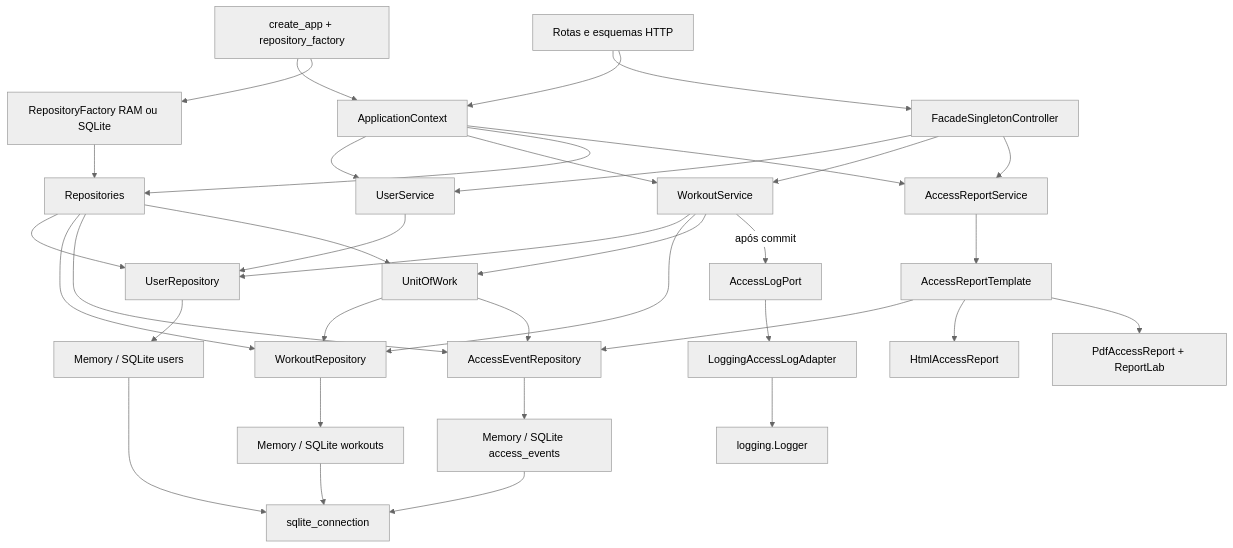
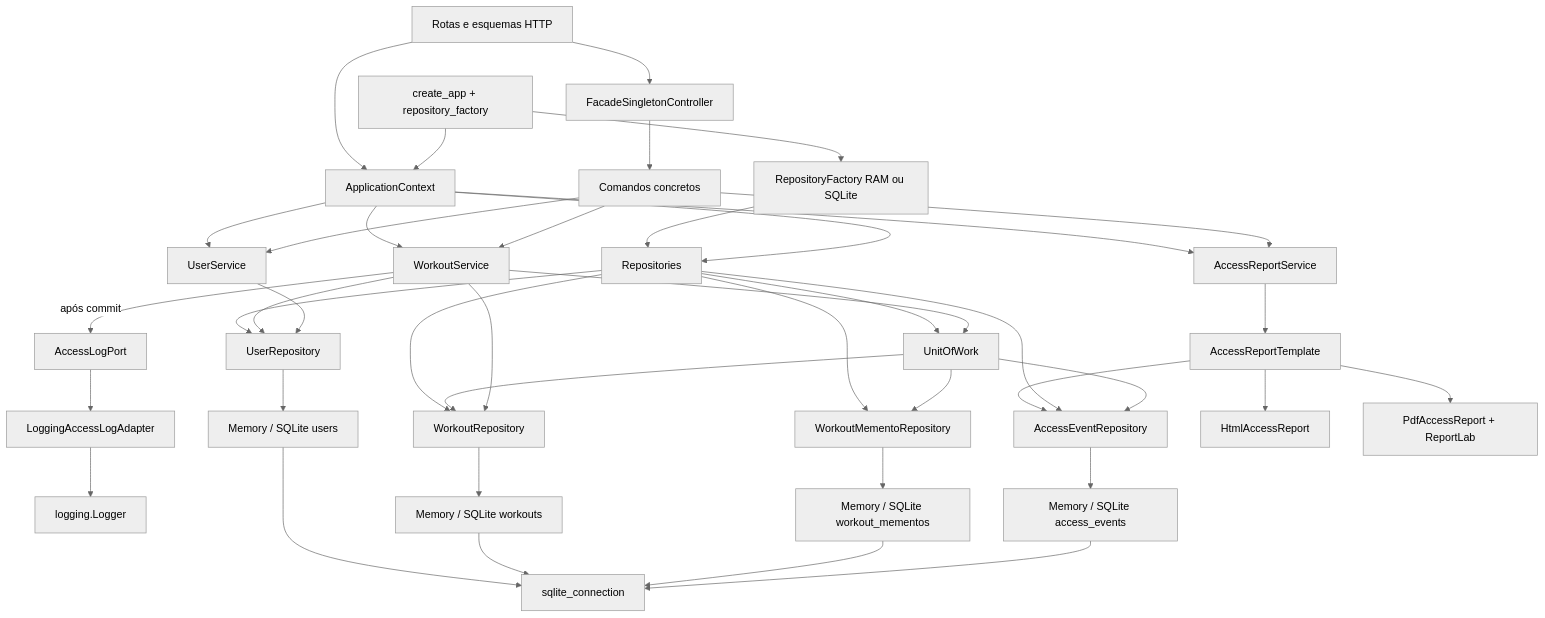
The first of 3 diagrams in docs/arquitetura.md (Miguelqfs/training-platform), drawn with Mermaid (neutral theme) before and after one commit. The commit also changed other lines of this file and 35 other files, not shown here.

````diff
--- a/docs/arquitetura.md
+++ b/docs/arquitetura.md
@@ -15,38 +20,43 @@
 ```mermaid
 flowchart TD
     HTTP[Rotas e esquemas HTTP] --> F[FacadeSingletonController]
     APP[create_app + repository_factory] --> C[ApplicationContext]
     HTTP --> C
-    F --> US[UserService]
-    F --> WS[WorkoutService]
+    F --> CMD[Comandos concretos]
+    CMD --> US[UserService]
+    CMD --> WS[WorkoutService]
+    CMD --> RS[AccessReportService]
     C --> US
     C --> WS
+    C --> RS
     C --> R[Repositories]
     FACT[RepositoryFactory RAM ou SQLite] --> R
     APP --> FACT
     US --> UR[UserRepository]
     WS --> UR
     WS --> WR[WorkoutRepository]
     WS --> UoW[UnitOfWork]
     WS -->|após commit| LP[AccessLogPort]
     LP --> LA[LoggingAccessLogAdapter]
     LA --> LOG[logging.Logger]
     UoW --> WR
+    UoW --> MR[WorkoutMementoRepository]
     UoW --> AR[AccessEventRepository]
     R --> UR
     R --> WR
+    R --> MR
     R --> AR
     R --> UoW
     UR --> UM[Memory / SQLite users]
     WR --> WM[Memory / SQLite workouts]
+    MR --> MM[Memory / SQLite workout_mementos]
     AR --> AM[Memory / SQLite access_events]
     AM --> SQL[sqlite_connection]
+    MM --> SQL
     WM --> SQL
     UM --> SQL
-    F --> RS[AccessReportService]
-    C --> RS
     RS --> RT[AccessReportTemplate]
     RT --> AR
     RT --> HTML[HtmlAccessReport]
     RT --> PDF[PdfAccessReport + ReportLab]
 ```
````
